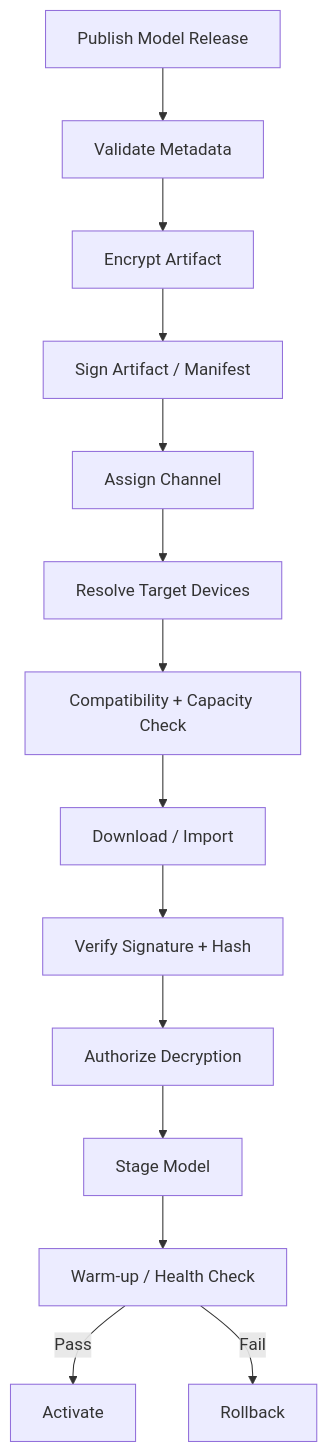
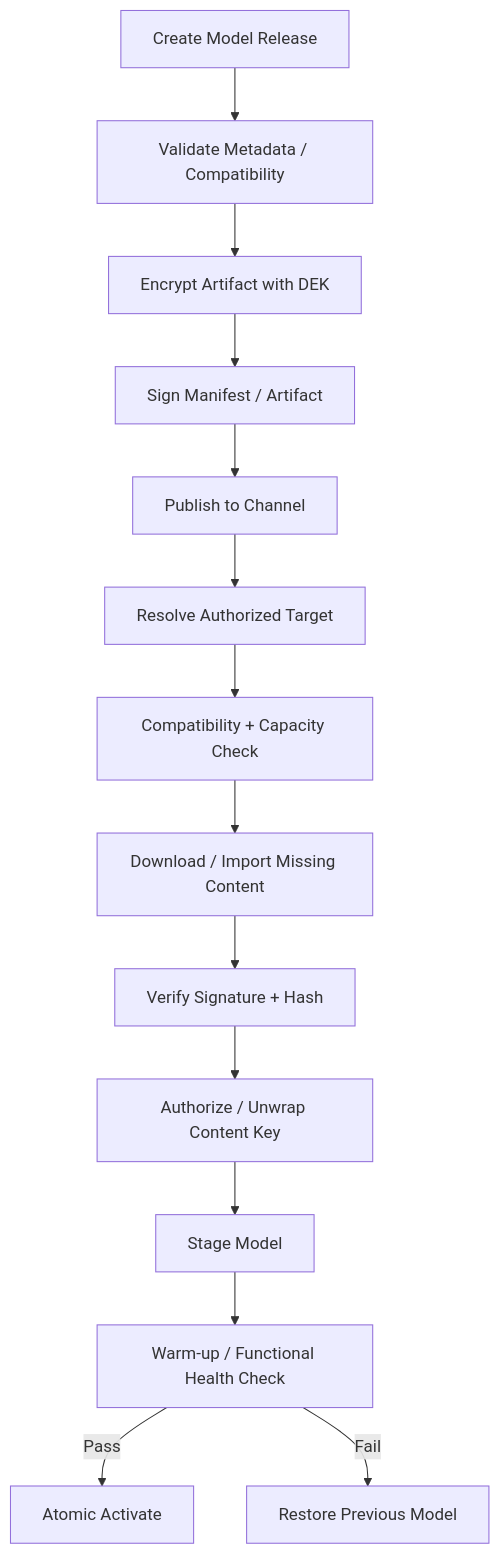
The diagram in docs/marketplace-ota/model-ota.md (Niranjan1005/lms), drawn with Mermaid before and after one commit. The commit also changed other lines of this file, not shown here.

Commit message:
docs: complete model OTA lifecycle

```diff
--- a/docs/marketplace-ota/model-ota.md
+++ b/docs/marketplace-ota/model-ota.md
@@ -5,16 +11,16 @@
 ~~~mermaid
 flowchart TD
-    A[Publish Model Release] --> B[Validate Metadata]
-    B --> C[Encrypt Artifact]
-    C --> D[Sign Artifact / Manifest]
-    D --> E[Assign Channel]
-    E --> F[Resolve Target Devices]
+    A[Create Model Release] --> B[Validate Metadata / Compatibility]
+    B --> C[Encrypt Artifact with DEK]
+    C --> D[Sign Manifest / Artifact]
+    D --> E[Publish to Channel]
+    E --> F[Resolve Authorized Target]
     F --> G[Compatibility + Capacity Check]
-    G --> H[Download / Import]
+    G --> H[Download / Import Missing Content]
     H --> I[Verify Signature + Hash]
-    I --> J[Authorize Decryption]
+    I --> J[Authorize / Unwrap Content Key]
     J --> K[Stage Model]
-    K --> L[Warm-up / Health Check]
-    L -->|Pass| M[Activate]
-    L -->|Fail| N[Rollback]
+    K --> L[Warm-up / Functional Health Check]
+    L -->|Pass| M[Atomic Activate]
+    L -->|Fail| N[Restore Previous Model]
 ~~~
```
